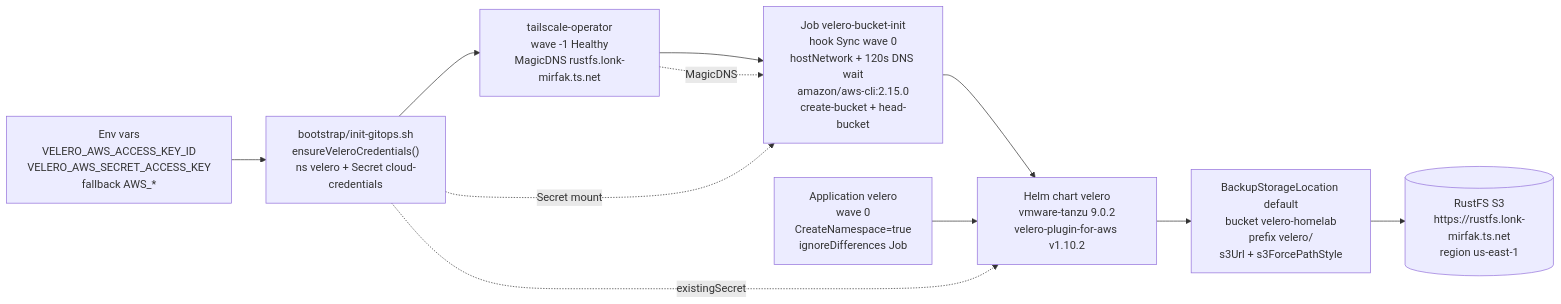
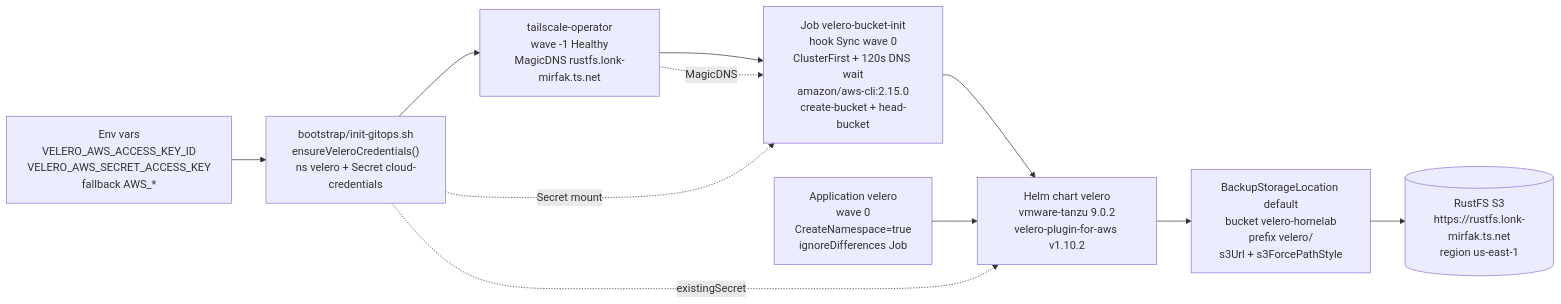
One commit to Seom88/secured-gitops-tailscale-homelab changed the diagram in platform/velero/README.md. Above: the diagram before and after it, drawn with Mermaid. The commit also changed other lines of this file and 5 other files, not shown here.

First line of the commit message:
docs(adrs): document DNS scoping and remove hostNetwork references

````diff
--- a/platform/velero/README.md
+++ b/platform/velero/README.md
@@ -33,17 +33,17 @@
 ```mermaid
 flowchart LR
     ENV["Env vars<br/>VELERO_AWS_ACCESS_KEY_ID<br/>VELERO_AWS_SECRET_ACCESS_KEY<br/>fallback AWS_*"]
     TAILSCALE["tailscale-operator<br/>wave -1 Healthy<br/>MagicDNS rustfs.lonk-mirfak.ts.net"]
     BOOT["bootstrap/init-gitops.sh<br/>ensureVeleroCredentials()<br/>ns velero + Secret cloud-credentials"]
-    JOB["Job velero-bucket-init<br/>hook Sync wave 0<br/>hostNetwork + 120s DNS wait<br/>amazon/aws-cli:2.15.0<br/>create-bucket + head-bucket"]
+    JOB["Job velero-bucket-init<br/>hook Sync wave 0<br/>ClusterFirst + 120s DNS wait<br/>amazon/aws-cli:2.15.0<br/>create-bucket + head-bucket"]
     APP["Application velero<br/>wave 0<br/>CreateNamespace=true<br/>ignoreDifferences Job"]
     CHART["Helm chart velero<br/>vmware-tanzu 9.0.2<br/>velero-plugin-for-aws v1.10.2"]
     BSL["BackupStorageLocation default<br/>bucket velero-homelab<br/>prefix velero/<br/>s3Url + s3ForcePathStyle"]
     RUSTFS[("RustFS S3<br/>https://rustfs.lonk-mirfak.ts.net<br/>region us-east-1")]
 
     ENV --> BOOT --> TAILSCALE --> JOB --> CHART --> BSL --> RUSTFS
     TAILSCALE -. MagicDNS .-> JOB
     APP --> CHART
     BOOT -. Secret mount .-> JOB
     BOOT -. existingSecret .-> CHART
 ```
````
